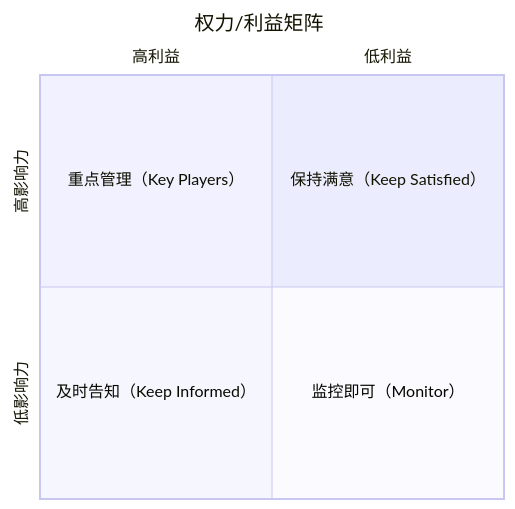
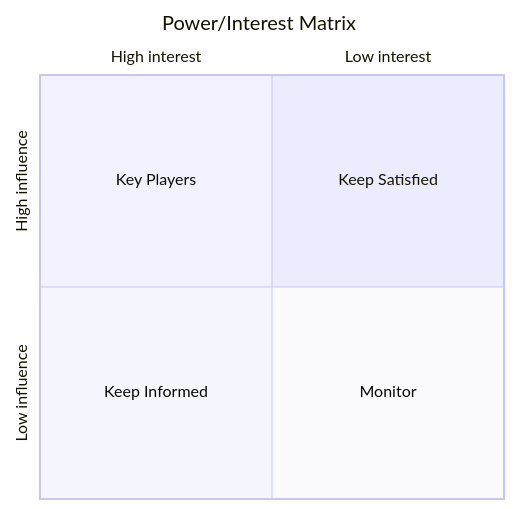
The diagram in references/strategy/stakeholder-mapping.md (Kirky-X/kueiku), drawn with Mermaid before and after one commit. The commit also changed other lines of this file and 126 other files, not shown here.

````diff
--- a/references/strategy/stakeholder-mapping.md
+++ b/references/strategy/stakeholder-mapping.md
@@ -11,10 +11,10 @@
 ```mermaid
 quadrantChart
-    title 权力/利益矩阵
-    x-axis 高利益 --> 低利益
-    y-axis 低影响力 --> 高影响力
-    quadrant-1 保持满意（Keep Satisfied）
-    quadrant-2 重点管理（Key Players）
-    quadrant-3 及时告知（Keep Informed）
-    quadrant-4 监控即可（Monitor）
+    title Power/Interest Matrix
+    x-axis High interest --> Low interest
+    y-axis Low influence --> High influence
+    quadrant-1 Keep Satisfied
+    quadrant-2 Key Players
+    quadrant-3 Keep Informed
+    quadrant-4 Monitor
 ```
````
